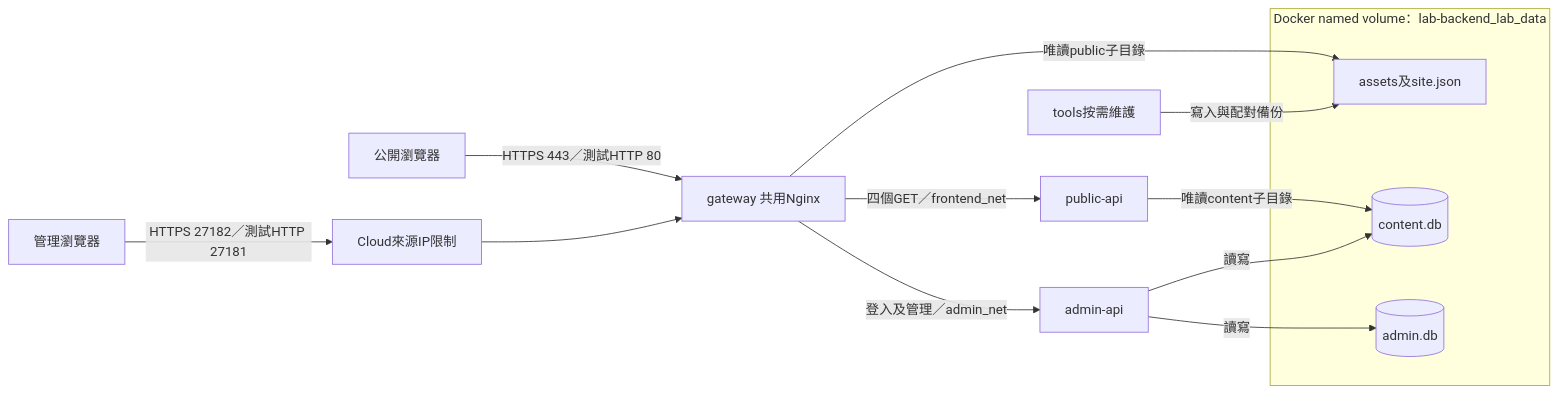
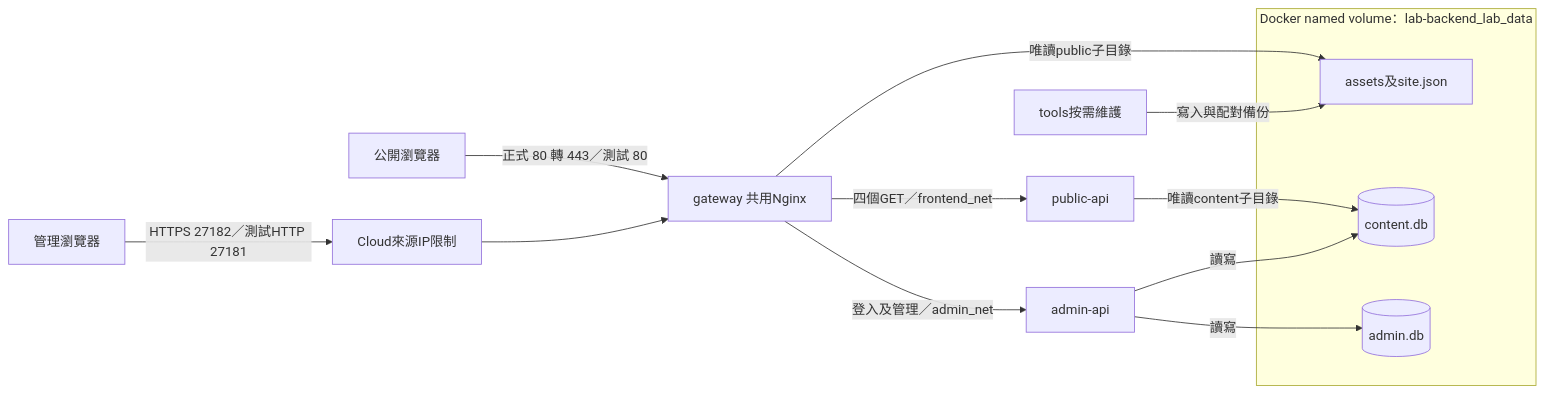
The diagram in ARCHITECTURE.md (BigBenlau/lab_backend), drawn with Mermaid before and after one commit. The commit also changed other lines of this file and 14 other files, not shown here.

````diff
--- a/ARCHITECTURE.md
+++ b/ARCHITECTURE.md
@@ -62,18 +62,18 @@
 ```mermaid
 flowchart LR
-  B[公開瀏覽器] -->|HTTPS 443／測試HTTP 80| G[gateway 共用Nginx]
+  B[公開瀏覽器] -->|正式 80 轉 443／測試 80| G[gateway 共用Nginx]
   A[管理瀏覽器] -->|HTTPS 27182／測試HTTP 27181| W[Cloud來源IP限制]
   W --> G
   G -->|四個GET／frontend_net| P[public-api]
   G -->|登入及管理／admin_net| M[admin-api]
   G -->|唯讀public子目錄| S[assets及site.json]
   T[tools按需維護] -->|寫入與配對備份| S
   P -->|唯讀content子目錄| C[(content.db)]
   M -->|讀寫| C
   M -->|讀寫| D[(admin.db)]
   subgraph V[Docker named volume：lab-backend_lab_data]
     C
     D
     S
   end
 ```
````
